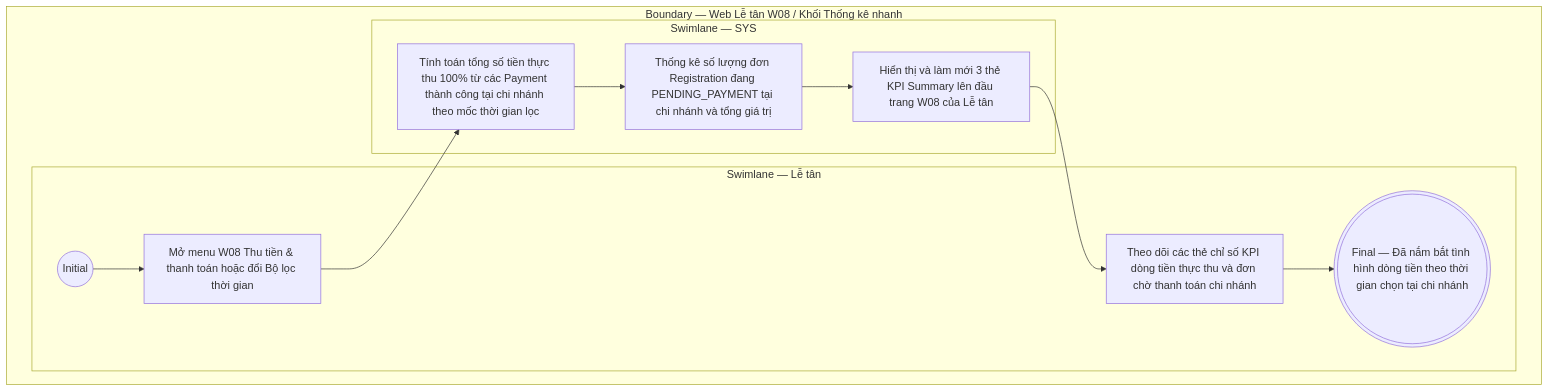
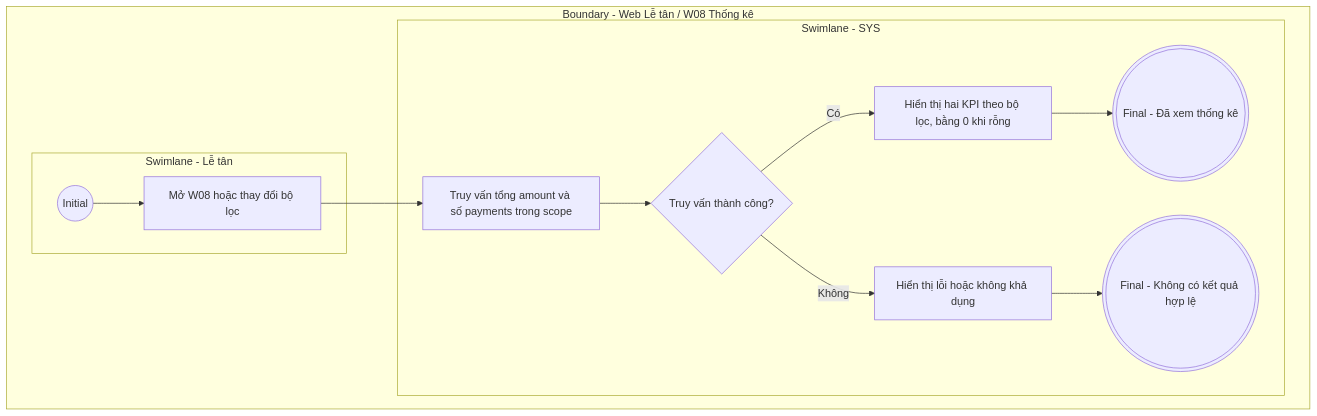
One commit to ThachY-23120411/Paradise-Gym-v2 changed the diagram in docs/user-stories/le-tan/LT-W08-Thu tiền & thanh toán/LT-W08-US03-Xem thống kê.md. Above: the diagram before and after it, drawn with Mermaid. The commit also changed other lines of this file and 2325 other files, not shown here.

````diff
--- a/docs/user-stories/le-tan/LT-W08-Thu tiền & thanh toán/LT-W08-US03-Xem thống kê.md
+++ b/docs/user-stories/le-tan/LT-W08-Thu tiền & thanh toán/LT-W08-US03-Xem thống kê.md
@@ -47,24 +33,24 @@
 ```mermaid
 flowchart TB
-  subgraph B["Boundary — Web Lễ tân W08 / Khối Thống kê nhanh"]
-    subgraph L0["Swimlane — Lễ tân"]
-      I01(("Initial"))
-      A01["Mở menu W08 Thu tiền & thanh toán hoặc đổi Bộ lọc thời gian"]
-      A02["Theo dõi các thẻ chỉ số KPI dòng tiền thực thu và đơn chờ thanh toán chi nhánh"]
-      F01((("Final — Đã nắm bắt tình hình dòng tiền theo thời gian chọn tại chi nhánh")))
-
-      I01 --> A01
-      A02 --> F01
+  subgraph B["Boundary - Web Lễ tân / W08 Thống kê"]
+    subgraph L0["Swimlane - Lễ tân"]
+      I(("Initial"))
+      A["Mở W08 hoặc thay đổi bộ lọc"]
     end
-    subgraph L1["Swimlane — SYS"]
-      S01["Tính toán tổng số tiền thực thu 100% từ các Payment thành công tại chi nhánh theo mốc thời gian lọc"]
-      S02["Thống kê số lượng đơn Registration đang PENDING_PAYMENT tại chi nhánh và tổng giá trị"]
-      S03["Hiển thị và làm mới 3 thẻ KPI Summary lên đầu trang W08 của Lễ tân"]
-
-      A01 --> S01
-      S01 --> S02
-      S02 --> S03
-      S03 --> A02
+    subgraph L1["Swimlane - SYS"]
+      S["Truy vấn tổng amount và số payments trong scope"]
+      D{"Truy vấn thành công?"}
+      V["Hiển thị hai KPI theo bộ lọc, bằng 0 khi rỗng"]
+      E["Hiển thị lỗi hoặc không khả dụng"]
+      F((("Final - Đã xem thống kê")))
+      FE((("Final - Không có kết quả hợp lệ")))
     end
+    I --> A
+    A --> S
+    S --> D
+    D -->|Có| V
+    V --> F
+    D -->|Không| E
+    E --> FE
   end
 ```
````
